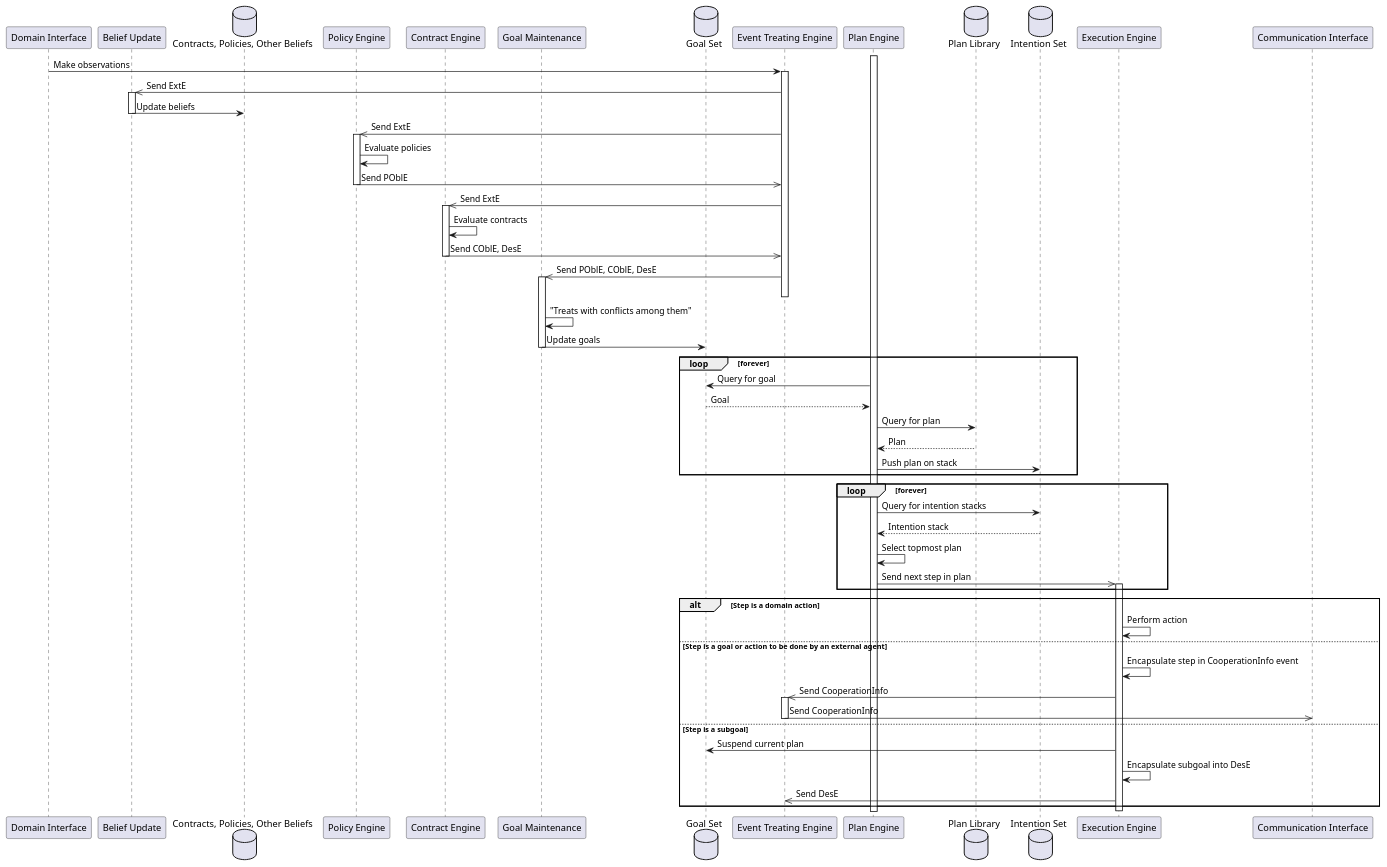
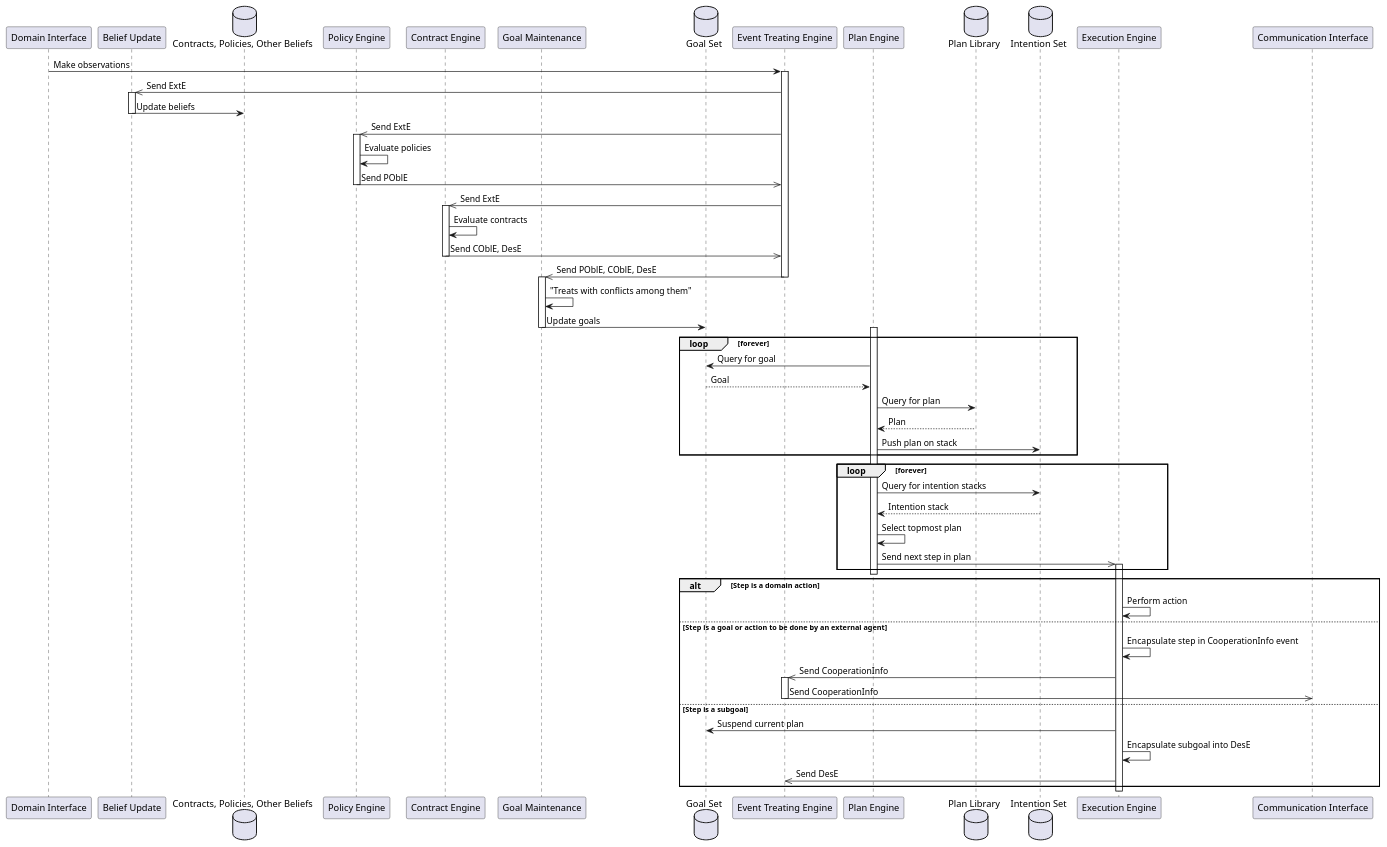
The diagram in Figures/PDC-agent/Control_Loop.plantuml (Entze/APIA), drawn with PlantUML before and after one commit.

Commit message:
Clean up diagram

```diff
--- a/Figures/PDC-agent/Control_Loop.plantuml
+++ b/Figures/PDC-agent/Control_Loop.plantuml
@@ -1,64 +1,65 @@
 @startuml
 participant "Domain Interface"
 participant "Belief Update"
 database "Contracts, Policies, Other Beliefs"
 participant "Policy Engine"
 participant "Contract Engine"
 participant "Goal Maintenance"
 database "Goal Set"
 participant "Event Treating Engine"
 participant "Plan Engine"
 database "Plan Library"
 database "Intention Set"
 participant "Execution Engine"
 participant "Communication Interface"
 
-activate "Plan Engine"
-
 "Domain Interface" -> "Event Treating Engine" ++: Make observations
 "Event Treating Engine" ->> "Belief Update" ++ : Send ExtE
 "Belief Update" -> "Contracts, Policies, Other Beliefs" -- : Update beliefs
 
 "Event Treating Engine" ->> "Policy Engine" ++ : Send ExtE
 "Policy Engine" -> "Policy Engine" : Evaluate policies
 "Policy Engine" ->> "Event Treating Engine" -- : Send POblE
 
 "Event Treating Engine" ->> "Contract Engine" ++ : Send ExtE
 "Contract Engine" -> "Contract Engine" : Evaluate contracts
 "Contract Engine" ->> "Event Treating Engine" -- : Send COblE, DesE
 
-"Event Treating Engine" ->> "Goal Maintenance" ++ : Send POblE, COblE, DesE
+"Event Treating Engine" ->> "Goal Maintenance": Send POblE, COblE, DesE
 deactivate "Event Treating Engine"
+activate "Goal Maintenance"
 
 "Goal Maintenance" -> "Goal Maintenance" : "Treats with conflicts among them"
 "Goal Maintenance" -> "Goal Set" -- : Update goals
 
+activate "Plan Engine"
 loop forever
     "Plan Engine" -> "Goal Set" : Query for goal
     "Plan Engine" <-- "Goal Set" : Goal
     "Plan Engine" -> "Plan Library" : Query for plan
     "Plan Engine" <-- "Plan Library" : Plan
     "Plan Engine" -> "Intention Set" : Push plan on stack
 end
 
 loop forever
     "Plan Engine" -> "Intention Set" : Query for intention stacks
     "Plan Engine" <-- "Intention Set" : Intention stack
     "Plan Engine" -> "Plan Engine" : Select topmost plan
     "Plan Engine" ->> "Execution Engine" ++ : Send next step in plan
 end
+deactivate "Plan Engine"
 
 alt Step is a domain action
     "Execution Engine" -> "Execution Engine" : Perform action
 else Step is a goal or action to be done by an external agent
     "Execution Engine" -> "Execution Engine" : Encapsulate step in CooperationInfo event
     "Execution Engine" ->> "Event Treating Engine" ++ : Send CooperationInfo
     "Event Treating Engine" ->> "Communication Interface" -- : Send CooperationInfo
 else Step is a subgoal
     "Execution Engine" -> "Goal Set" : Suspend current plan
     "Execution Engine" -> "Execution Engine" : Encapsulate subgoal into DesE
     "Execution Engine" ->> "Event Treating Engine" : Send DesE
 end
 deactivate "Execution Engine"
 
 @enduml
```
